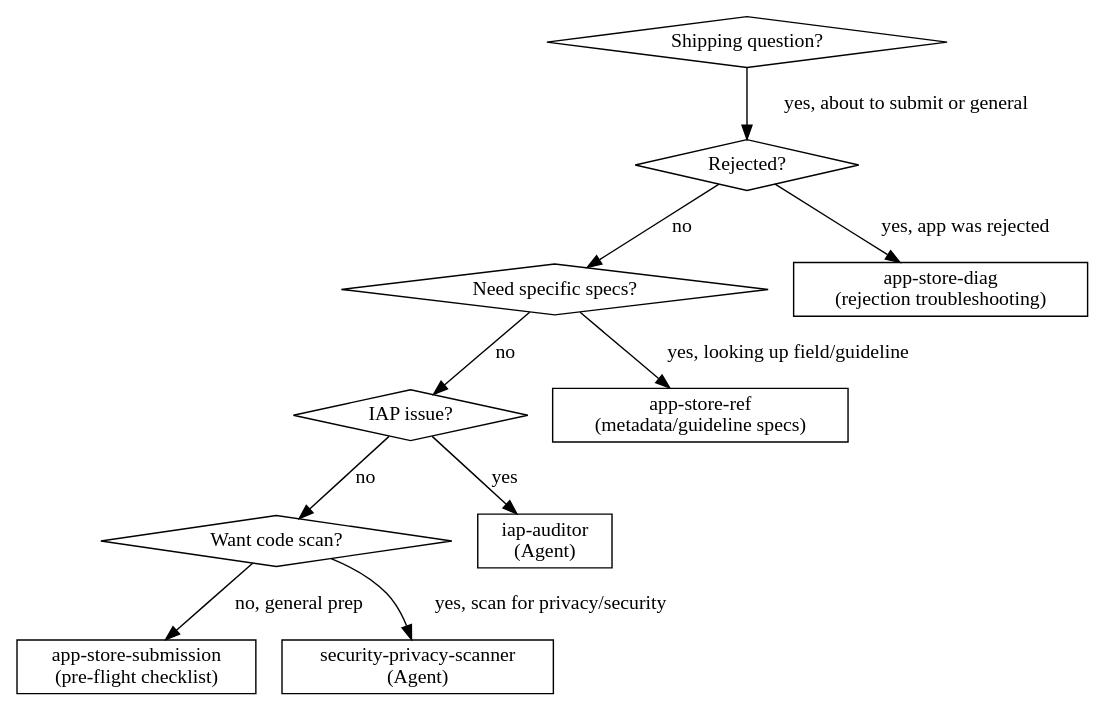
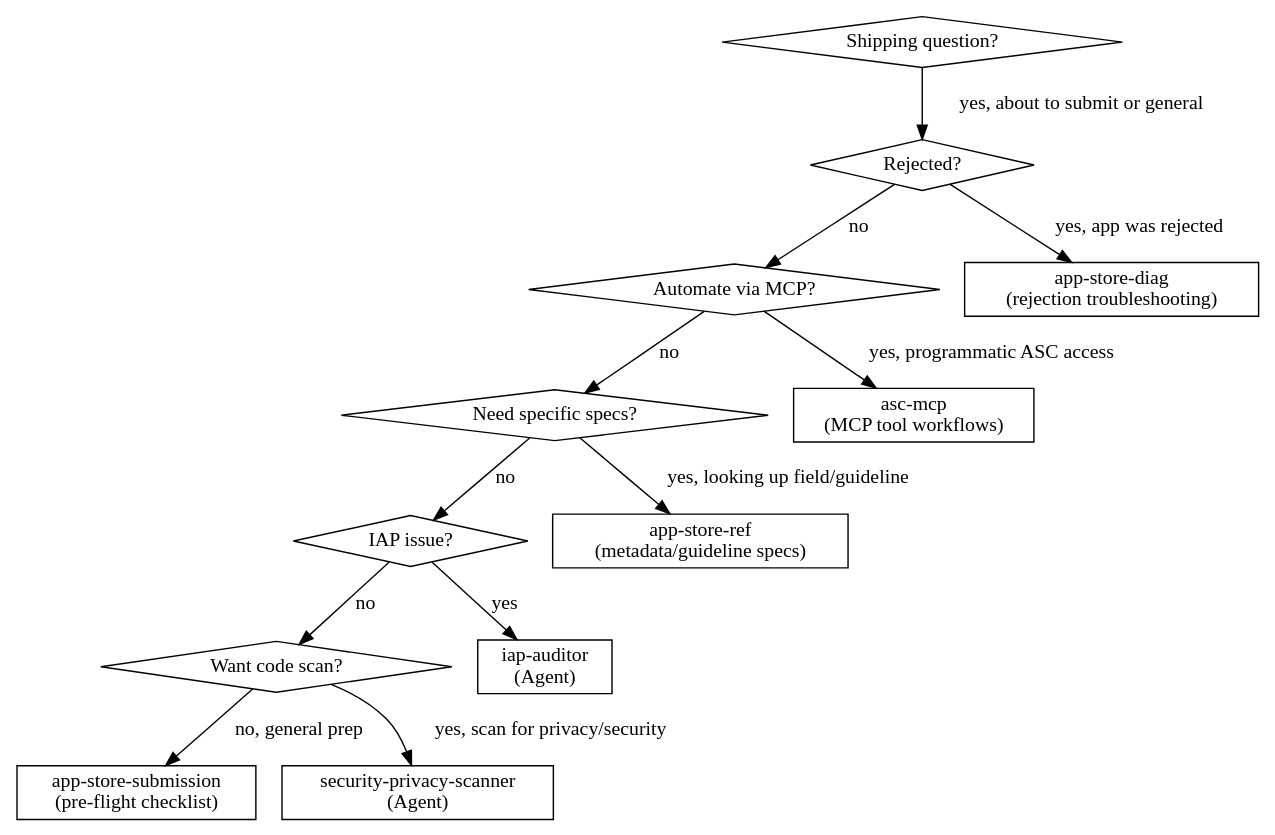
Before and after one commit to CharlesWiltgen/Axiom: the diagram in .claude-plugin/plugins/axiom/skills/axiom-shipping/SKILL.md, drawn with Graphviz. The commit also changed other lines of this file and 16 other files, not shown here.

First line of the commit message:
feat: add ASC MCP and UIKit Bridging skills, bump to v2.28.0

````diff
--- a/.claude-plugin/plugins/axiom/skills/axiom-shipping/SKILL.md
+++ b/.claude-plugin/plugins/axiom/skills/axiom-shipping/SKILL.md
@@ -116,25 +133,29 @@
 ```dot
 digraph shipping {
     "Shipping question?" [shape=diamond];
     "Rejected?" [shape=diamond];
+    "Automate via MCP?" [shape=diamond];
     "Need specific specs?" [shape=diamond];
     "IAP issue?" [shape=diamond];
     "Want code scan?" [shape=diamond];
 
     "app-store-submission" [shape=box, label="app-store-submission\n(pre-flight checklist)"];
     "app-store-ref" [shape=box, label="app-store-ref\n(metadata/guideline specs)"];
     "app-store-diag" [shape=box, label="app-store-diag\n(rejection troubleshooting)"];
     "security-privacy-scanner" [shape=box, label="security-privacy-scanner\n(Agent)"];
     "iap-auditor" [shape=box, label="iap-auditor\n(Agent)"];
+    "asc-mcp" [shape=box, label="asc-mcp\n(MCP tool workflows)"];
 
     "Shipping question?" -> "Rejected?" [label="yes, about to submit or general"];
     "Rejected?" -> "app-store-diag" [label="yes, app was rejected"];
-    "Rejected?" -> "Need specific specs?" [label="no"];
+    "Rejected?" -> "Automate via MCP?" [label="no"];
+    "Automate via MCP?" -> "asc-mcp" [label="yes, programmatic ASC access"];
+    "Automate via MCP?" -> "Need specific specs?" [label="no"];
     "Need specific specs?" -> "app-store-ref" [label="yes, looking up field/guideline"];
     "Need specific specs?" -> "IAP issue?" [label="no"];
     "IAP issue?" -> "iap-auditor" [label="yes"];
     "IAP issue?" -> "Want code scan?" [label="no"];
     "Want code scan?" -> "security-privacy-scanner" [label="yes, scan for privacy/security"];
     "Want code scan?" -> "app-store-submission" [label="no, general prep"];
 }
 ```
````
